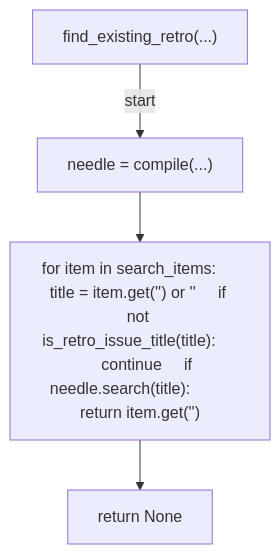
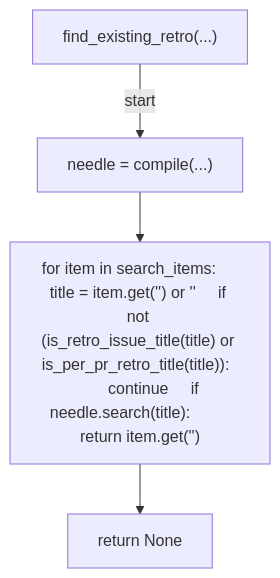
Diagram 13 of 16 in docs/generated/scripts/ast/_auto_retro_render.md (tvna/claude-md), drawn with Mermaid before and after one commit. The commit also changed 1 other file, not shown here.

Commit message:
docs(generated): regenerate decision tree and workflow diagrams
Refs #960

````diff
--- a/docs/generated/scripts/ast/_auto_retro_render.md
+++ b/docs/generated/scripts/ast/_auto_retro_render.md
@@ -253,10 +253,10 @@
 ```mermaid
 flowchart TD
     N001["find_existing_retro(...)"]
     N002["needle = compile(...)"]
-    N003["for item in search_items:     title = item.get('<str>') or '<str>'     if not is_retro_issue_title(title):         continue     if needle.search(title):         return item.get('<str>')"]
+    N003["for item in search_items:     title = item.get('<str>') or '<str>'     if not (is_retro_issue_title(title) or is_per_pr_retro_title(title)):         continue     if needle.search(title):         return item.get('<str>')"]
     N004["return None"]
     N001 -->|"start"| N002
     N002 --> N003
     N003 --> N004
 ```
````
